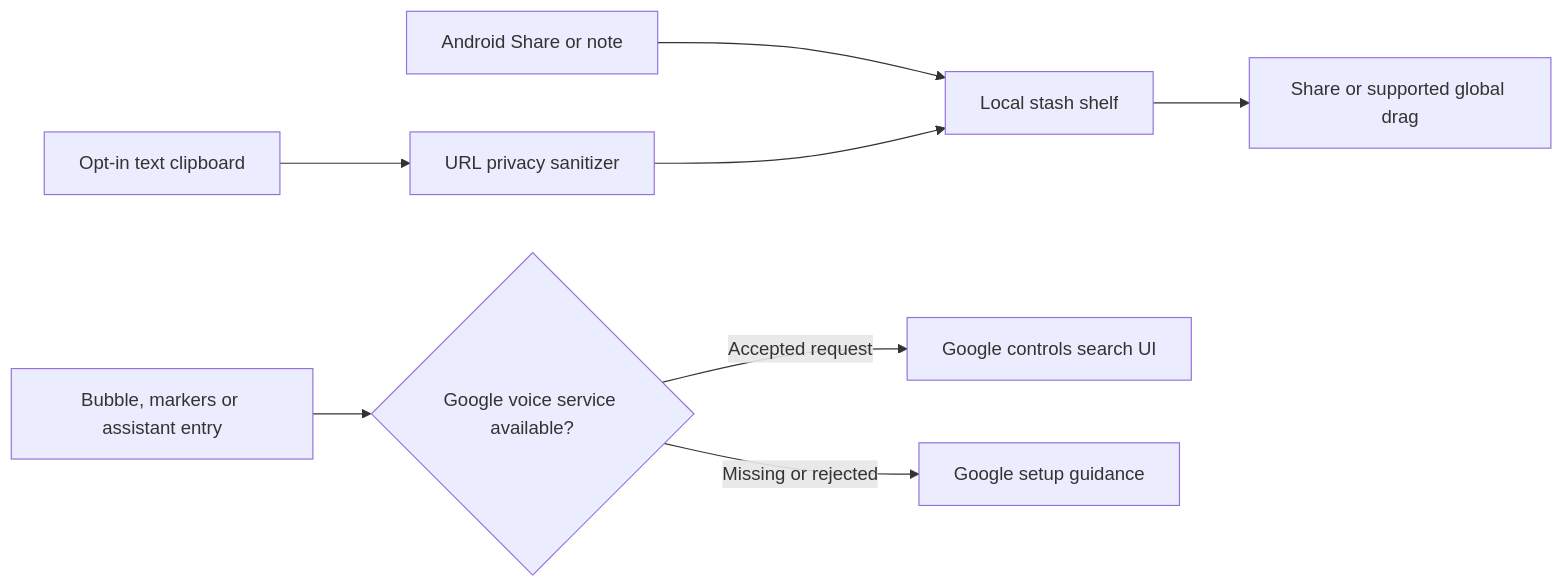
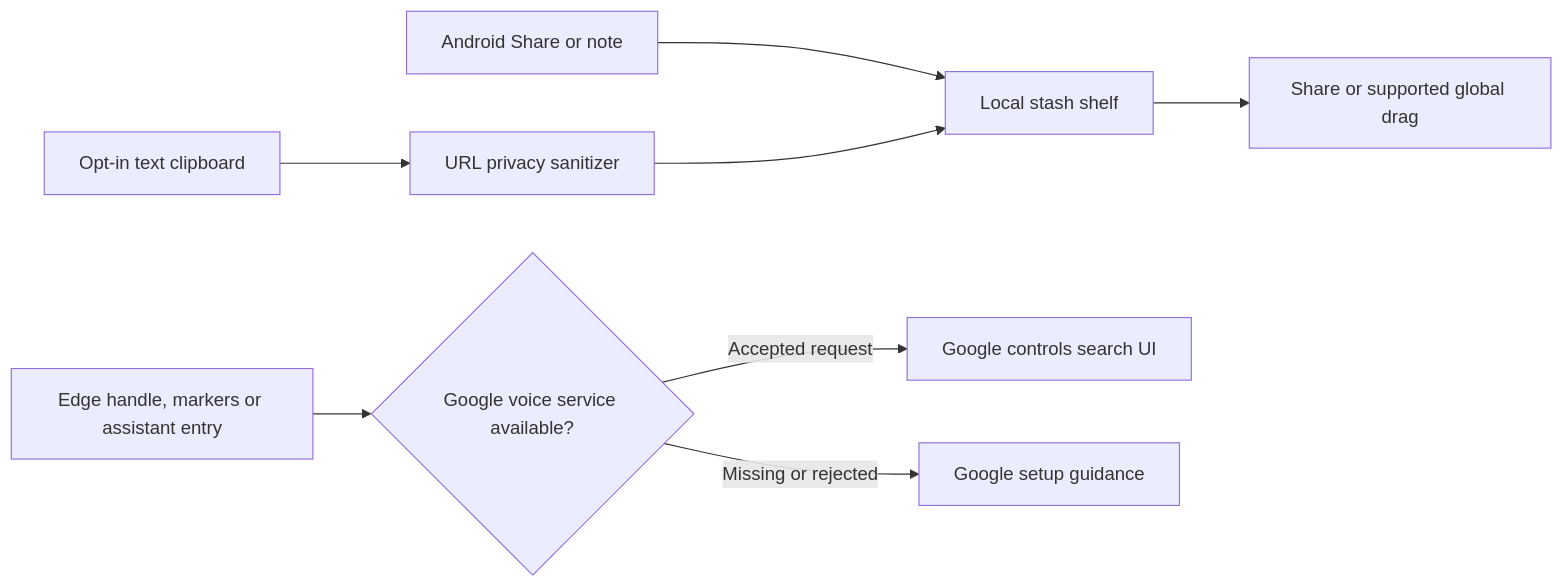
The diagram in README.md (ankitchanki/New), drawn with Mermaid before and after one commit. The commit also changed other lines of this file and 43 other files, not shown here.

````diff
--- a/README.md
+++ b/README.md
@@ -170,10 +170,10 @@
 ```mermaid
 flowchart LR
     Share[Android Share or note] --> Shelf[Local stash shelf]
     Copy[Opt-in text clipboard] --> Clean[URL privacy sanitizer]
     Clean --> Shelf
-    Dock[Bubble, markers or assistant entry] --> Route{Google voice service available?}
+    Dock[Edge handle, markers or assistant entry] --> Route{Google voice service available?}
     Route -->|Accepted request| Native[Google controls search UI]
     Route -->|Missing or rejected| Help[Google setup guidance]
     Shelf --> Out[Share or supported global drag]
 ```
````
